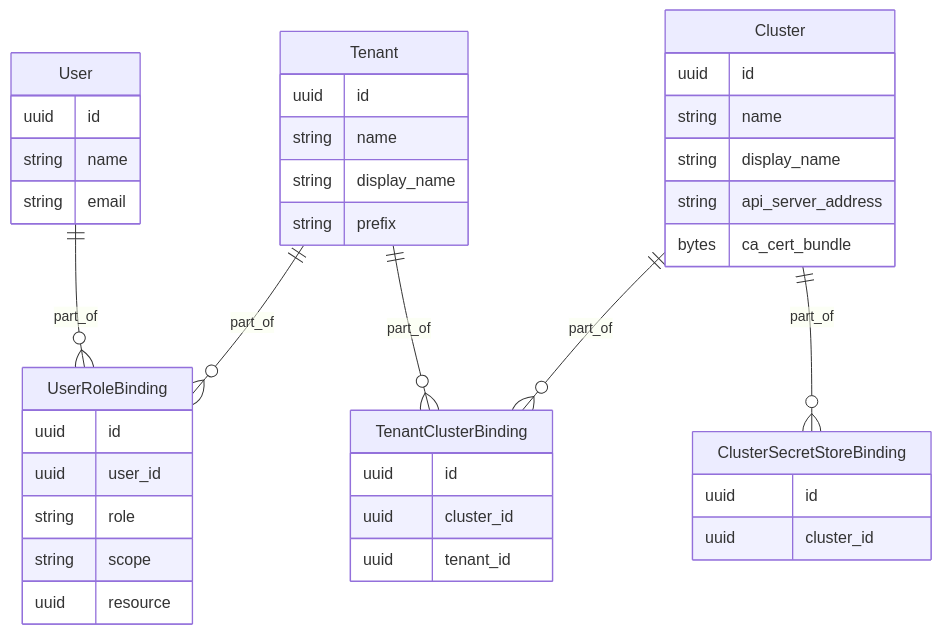
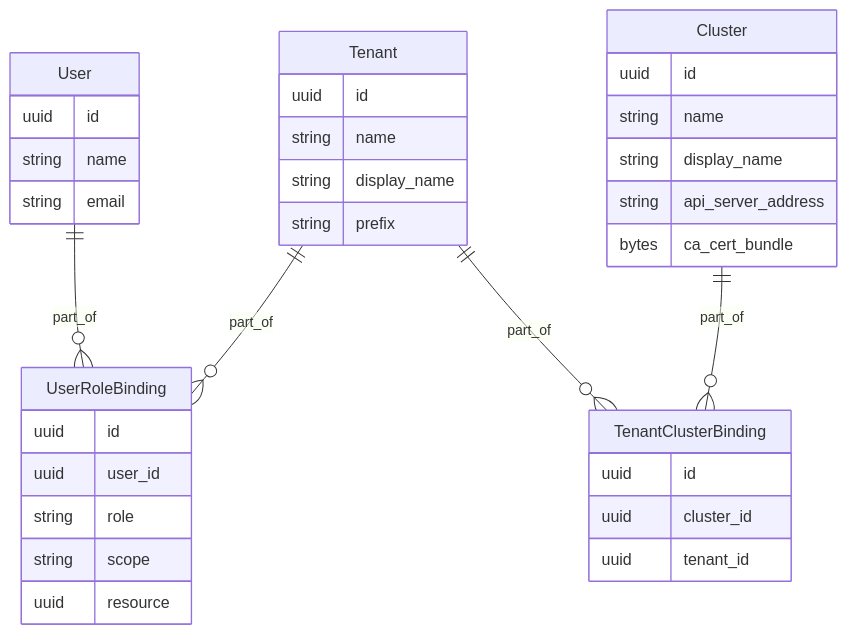
The diagram in docs/concepts/data-model.md (finleap-connect/monoskope), drawn with Mermaid before and after one commit.

````diff
--- a/docs/concepts/data-model.md
+++ b/docs/concepts/data-model.md
@@ -7,50 +7,43 @@
 ```mermaid
 erDiagram
     User {
         uuid id
         string name
         string email
     }
 
     UserRoleBinding {
         uuid id
         uuid user_id
         string role
         string scope
         uuid resource
     }
 
     Cluster {
         uuid id
         string name
         string display_name
         string api_server_address
         bytes ca_cert_bundle
     }
 
     Tenant {
         uuid id
         string name
         string display_name
         string prefix
     }
 
     TenantClusterBinding {
         uuid id
         uuid cluster_id
         uuid tenant_id
     }
 
-    ClusterSecretStoreBinding {
-        uuid id
-        uuid cluster_id
-    }
-
     User ||--o{ UserRoleBinding : part_of
     Tenant ||--o{ UserRoleBinding : part_of
 
     Tenant ||--o{ TenantClusterBinding : part_of
     Cluster ||--o{ TenantClusterBinding : part_of
-
-    Cluster ||--o{ ClusterSecretStoreBinding : part_of
 ```
````
